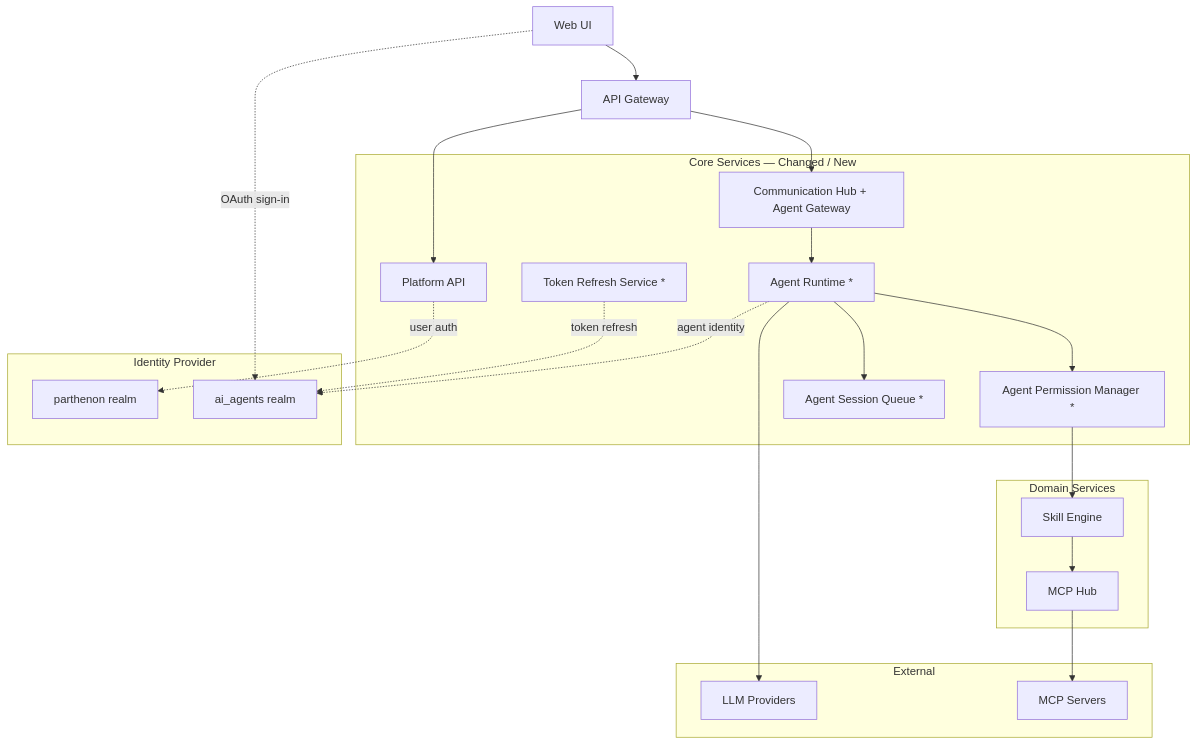
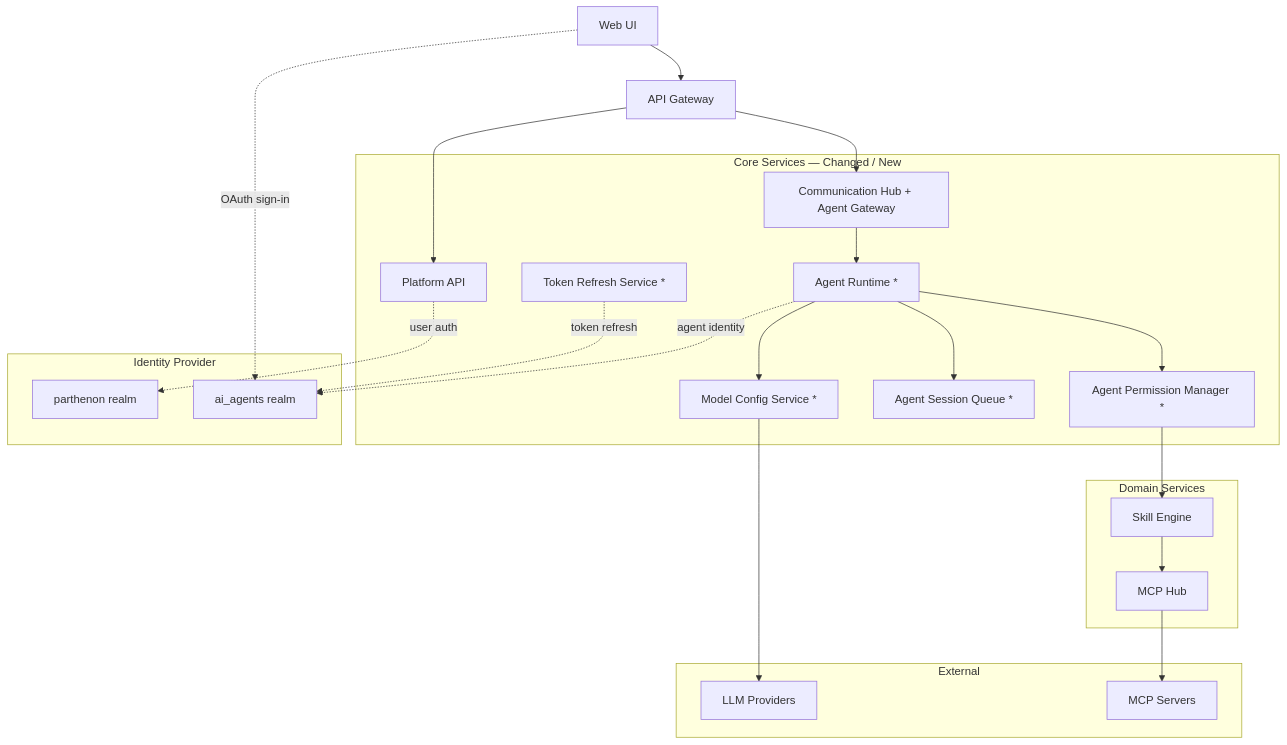
One commit to hurungang/parthenon changed the first of 12 diagrams in docs/changes/implement-agent-runtime-with-gateway/architecture.md. Above: the diagram before and after it, drawn with Mermaid. The commit also changed other lines of this file and 151 other files, not shown here.

````diff
--- a/docs/changes/implement-agent-runtime-with-gateway/architecture.md
+++ b/docs/changes/implement-agent-runtime-with-gateway/architecture.md
@@ -13,44 +13,46 @@
 ```mermaid
 flowchart TB
     WebUI[Web UI]
     Nginx[API Gateway]
 
     subgraph Core[Core Services — Changed / New]
         API[Platform API]
         CH[Communication Hub + Agent Gateway]
         AR[Agent Runtime *]
         APM[Agent Permission Manager *]
         AJQ[Agent Session Queue *]
         TRS[Token Refresh Service *]
+        MCS[Model Config Service *]
     end
 
     subgraph Domain[Domain Services]
         SE[Skill Engine]
         MCP[MCP Hub]
     end
 
     subgraph IdP[Identity Provider]
         UserRealm[parthenon realm]
         AgentRealm[ai_agents realm]
     end
 
     subgraph Ext[External]
         LLM[LLM Providers]
         EMCP[MCP Servers]
     end
 
     WebUI --> Nginx
     Nginx --> API
     Nginx --> CH
     CH --> AR
     AR --> APM
     AR --> AJQ
-    AR --> LLM
+    AR --> MCS
+    MCS --> LLM
     APM --> SE
     SE --> MCP
     MCP --> EMCP
     API -.->|user auth| UserRealm
     AR -.->|agent identity| AgentRealm
     TRS -.->|token refresh| AgentRealm
     WebUI -.->|OAuth sign-in| AgentRealm
 ```
````
